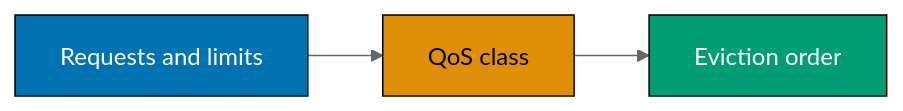
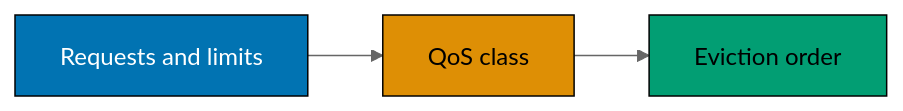
The sixth of 10 diagrams in apps/ayokoding-www/content/en/learn/courses/containers-and-orchestration/learning/advanced.md (wahidyankf/ose-public), drawn with Mermaid (neutral theme) before and after one commit. The commit also changed other lines of this file and 144 other files, not shown here.

First line of the commit message:
fix(mermaid): bring the first half of the courses diagrams onto the accessible palette

````diff
--- a/apps/ayokoding-www/content/en/learn/courses/containers-and-orchestration/learning/advanced.md
+++ b/apps/ayokoding-www/content/en/learn/courses/containers-and-orchestration/learning/advanced.md
@@ -253,10 +268,13 @@
 ```mermaid
 graph LR
+  accTitle: Example 61: QoS classes
+  accDescr: Graph with 3 nodes and 2 connections. Nodes: Requests and limits, QoS class, Eviction order. Connections: Requests and limits to QoS class, QoS class to Eviction order.
   Q[Requests and limits] --> C[QoS class] --> E[Eviction order]
-  classDef blue fill:#0173B2,stroke:#000,color:#fff
-  classDef teal fill:#029E73,stroke:#000,color:#fff
-  classDef orange fill:#DE8F05,stroke:#000,color:#000
+  classDef blue fill:#0173B2,stroke:#000000,color:#FFFFFF
+  classDef teal fill:#029E73,stroke:#000000,color:#000000
+  classDef orange fill:#DE8F05,stroke:#000000,color:#000000
   class Q blue
   class C orange
   class E teal
+  classDef default fill:#FFFFFF,stroke:#000000,color:#000000
 ```
````
